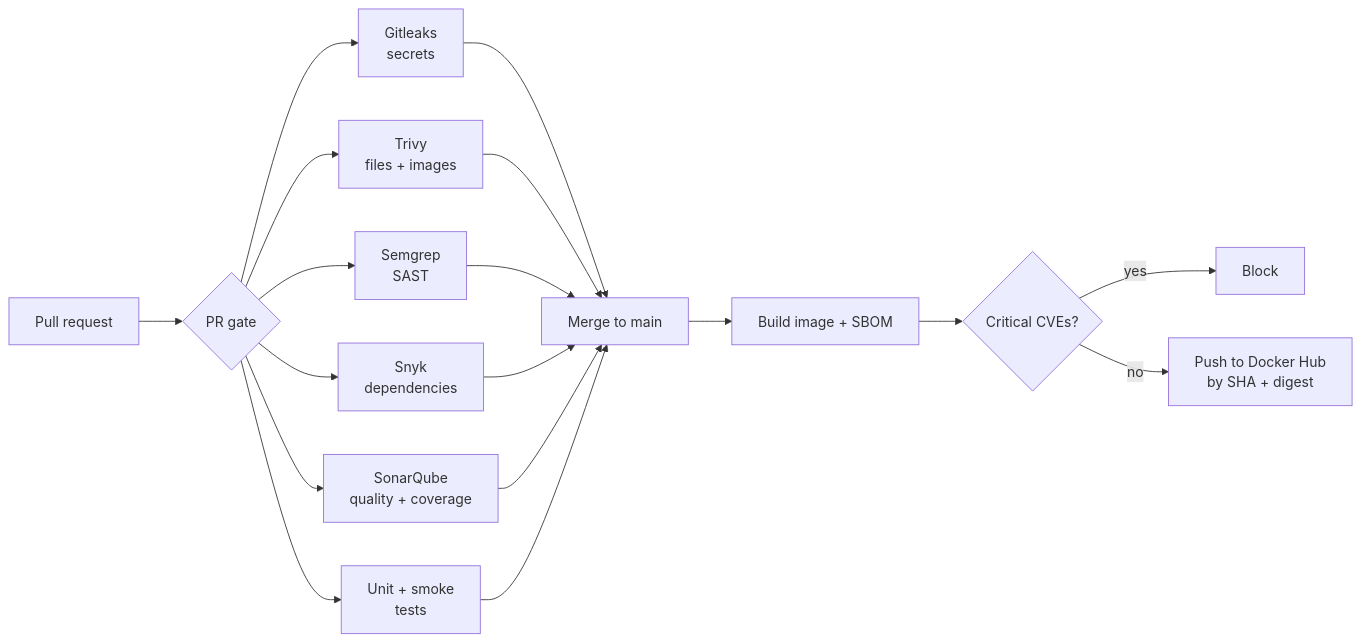
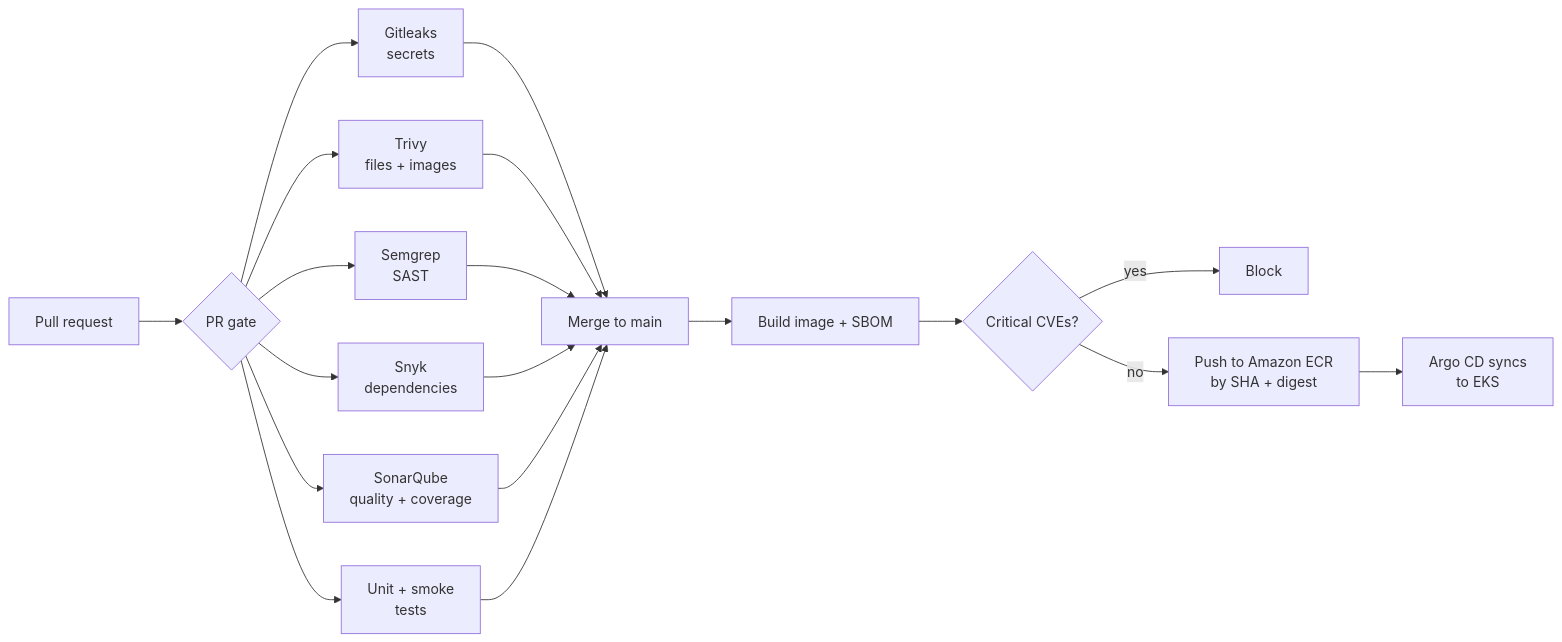
The diagram in README.md (gitcliff/gitcliff), drawn with Mermaid before and after one commit. The commit also changed other lines of this file, not shown here.

First line of the commit message:
Update README with DevSecOps and project detailsUpdate README: EKS, Argo CD and ECR details for the microservices project

````diff
--- a/README.md
+++ b/README.md
@@ -50,15 +51,16 @@
 ```mermaid
 flowchart LR
     PR[Pull request] --> G{PR gate}
     G --> S1[Gitleaks<br/>secrets]
     G --> S2[Trivy<br/>files + images]
     G --> S3[Semgrep<br/>SAST]
     G --> S4[Snyk<br/>dependencies]
     G --> S5[SonarQube<br/>quality + coverage]
     G --> S6[Unit + smoke<br/>tests]
     S1 & S2 & S3 & S4 & S5 & S6 --> M[Merge to main]
     M --> B[Build image + SBOM]
     B --> V{Critical CVEs?}
     V -->|yes| X[Block]
-    V -->|no| P[Push to Docker Hub<br/>by SHA + digest]
+    V -->|no| P[Push to Amazon ECR<br/>by SHA + digest]
+    P --> A[Argo CD syncs<br/>to EKS]
 ```
````
